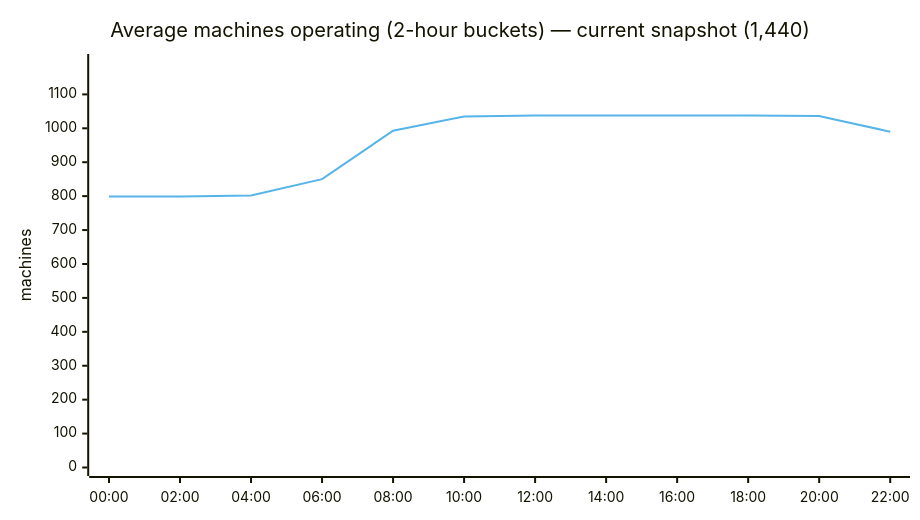
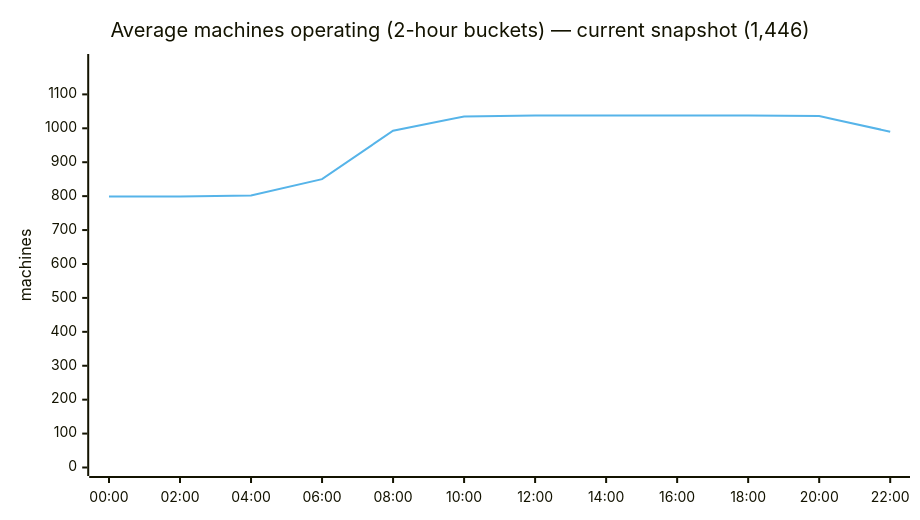
The second of 5 diagrams in ANALYSIS.md (cheeaun/returnright-data), drawn with Mermaid before and after one commit. The commit also changed other lines of this file and 4 other files, not shown here.

````diff
--- a/ANALYSIS.md
+++ b/ANALYSIS.md
@@ -66,15 +68,15 @@
 ```mermaid
 ---
 config:
   themeVariables:
     xyChart:
       plotColorPalette: "#56B4E9"
   xyChart:
     width: 900
 ---
 xychart-beta
-    title "Average machines operating (2-hour buckets) — current snapshot (1,440)"
+    title "Average machines operating (2-hour buckets) — current snapshot (1,446)"
     x-axis ["00:00", "02:00", "04:00", "06:00", "08:00", "10:00", "12:00", "14:00", "16:00", "18:00", "20:00", "22:00"]
     y-axis "machines" 0 --> 1194
     line [799, 799, 802, 850, 993, 1035, 1038, 1038, 1038, 1038, 1036, 990]
 ```
````
